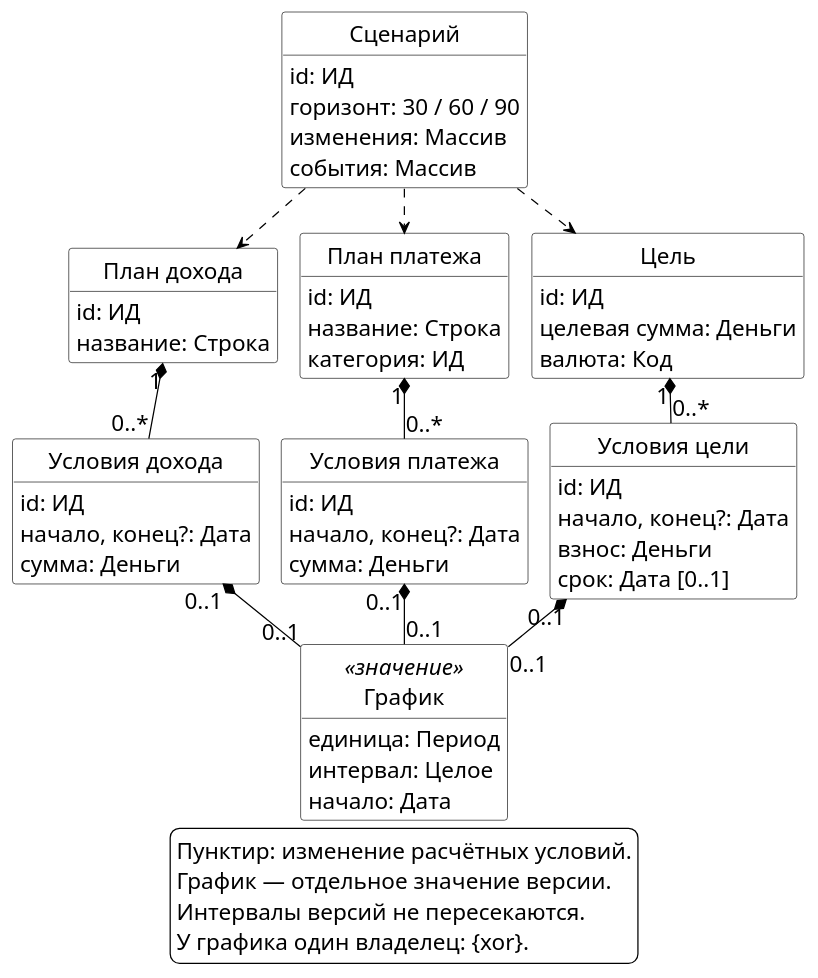
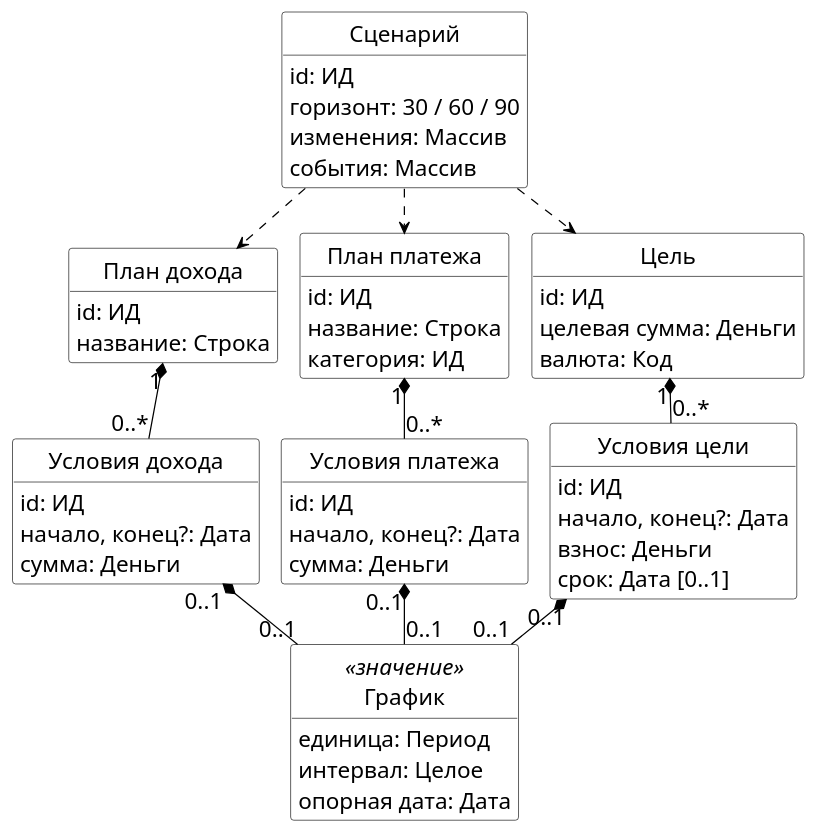
One commit to Tiroras/lad-finance changed the diagram in output/thesis/figures/09-domain-plans.puml. Above: the diagram before and after it, drawn with PlantUML. The commit also changed 15 other files, not shown here.

```diff
--- a/output/thesis/figures/09-domain-plans.puml
+++ b/output/thesis/figures/09-domain-plans.puml
@@ -1,82 +1,75 @@
 @startuml
 !pragma layout smetana
 skinparam backgroundColor white
 skinparam shadowing false
 skinparam defaultFontName Arial
 skinparam defaultFontSize 18
 skinparam classFontSize 19
 skinparam classAttributeFontSize 18
 skinparam ArrowFontSize 18
-skinparam legendFontSize 18
 skinparam classBackgroundColor white
 skinparam classBorderColor black
 skinparam ArrowColor black
 skinparam classAttributeIconSize 0
 skinparam nodesep 22
 skinparam ranksep 25
 hide circle
 hide methods
 
 class "Сценарий" as Scenario {
   id: ИД
   горизонт: 30 / 60 / 90
   изменения: Массив
   события: Массив
 }
 class "План дохода" as Income {
   id: ИД
   название: Строка
 }
 class "План платежа" as Payment {
   id: ИД
   название: Строка
   категория: ИД
 }
 class "Цель" as Goal {
   id: ИД
   целевая сумма: Деньги
   валюта: Код
 }
 class "Условия дохода" as IncomeTerms {
   id: ИД
   начало, конец?: Дата
   сумма: Деньги
 }
 class "Условия платежа" as PaymentTerms {
   id: ИД
   начало, конец?: Дата
   сумма: Деньги
 }
 class "Условия цели" as GoalTerms {
   id: ИД
   начало, конец?: Дата
   взнос: Деньги
   срок: Дата [0..1]
 }
 class "График" as Schedule <<значение>> {
   единица: Период
   интервал: Целое
-  начало: Дата
+  опорная дата: Дата
 }
 
 Income -[hidden]right- Payment
 Payment -[hidden]right- Goal
 IncomeTerms -[hidden]right- PaymentTerms
 PaymentTerms -[hidden]right- GoalTerms
 Scenario ..> Income
 Scenario ..> Payment
 Scenario ..> Goal
 Income "1" *-down- "0..*" IncomeTerms
 Payment "1" *-down- "0..*" PaymentTerms
 Goal "1" *-down- "0..*" GoalTerms
 IncomeTerms "0..1" *-down- "0..1" Schedule
 PaymentTerms "0..1" *-down- "0..1" Schedule
 GoalTerms "0..1" *-down- "0..1" Schedule
 
-legend bottom
-  Пунктир: изменение расчётных условий.
-  График — отдельное значение версии.
-  Интервалы версий не пересекаются.
-  У графика один владелец: {xor}.
-endlegend
 @enduml
```
